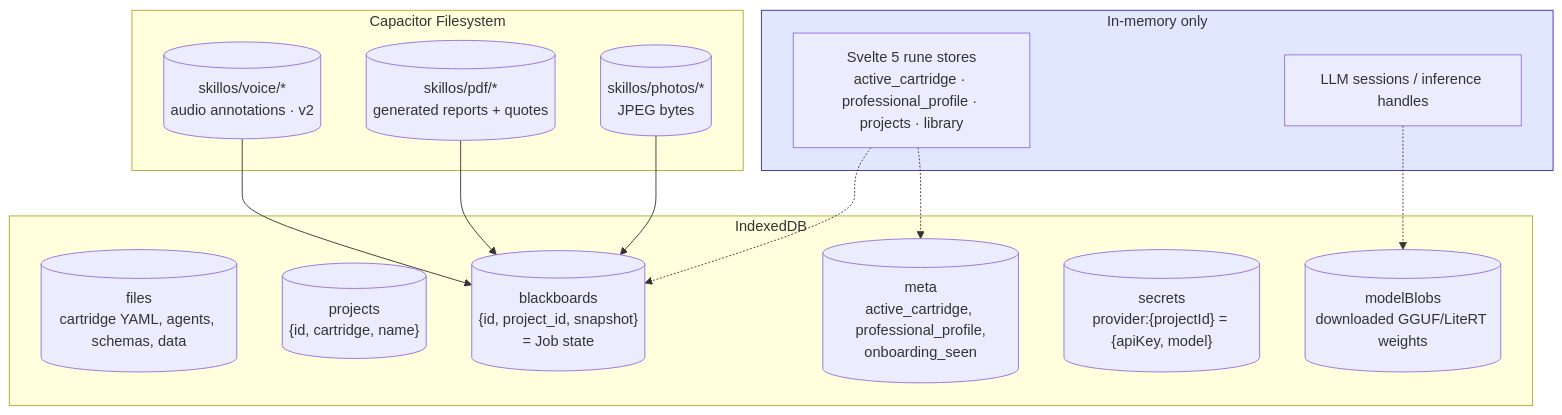
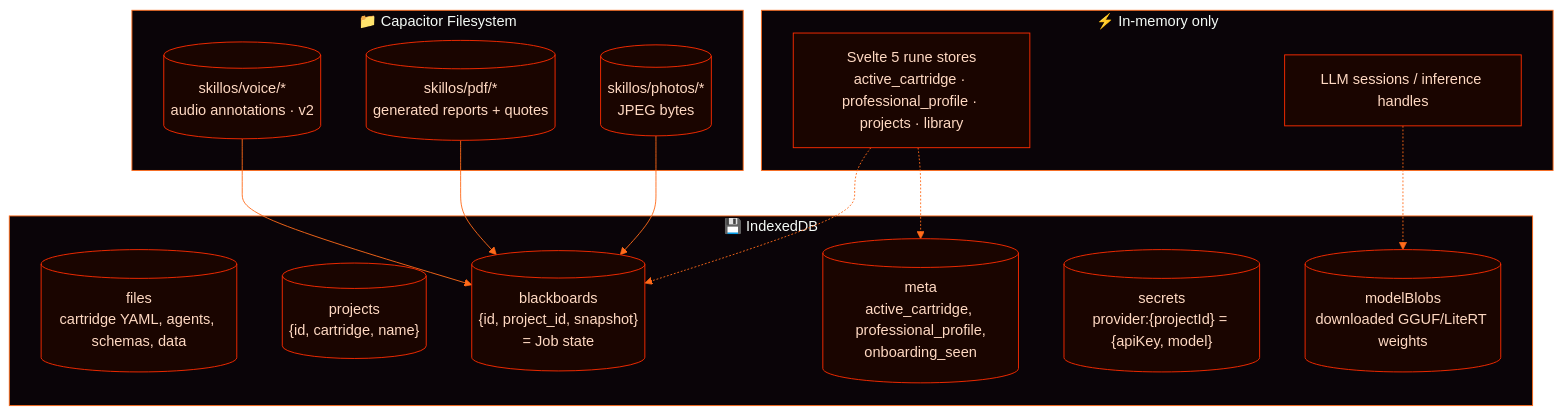
Before and after one commit to EvolvingAgentsLabs/skillos_mini: the seventh of 12 diagrams in docs/ARCHITECTURE.md, drawn with Mermaid. The commit also changed other lines of this file and 9 other files, not shown here.

````diff
--- a/docs/ARCHITECTURE.md
+++ b/docs/ARCHITECTURE.md
@@ -344,33 +364,31 @@
 ```mermaid
+%%{init: {'theme':'base', 'themeVariables': {'primaryColor':'#1a0500','primaryTextColor':'#ffd9c2','primaryBorderColor':'#ff2d00','lineColor':'#ff6b1a','secondaryColor':'#001a24','tertiaryColor':'#0a0408','background':'#0a0408','mainBkg':'#1a0500','clusterBkg':'#0a0408','clusterBorder':'#ff6b1a','edgeLabelBackground':'#0a0408','fontFamily':'ui-monospace, monospace'}}}%%
 flowchart TB
-    subgraph Memory[In-memory only]
+    subgraph Memory["⚡ In-memory only"]
         Stores["Svelte 5 rune stores<br/>active_cartridge · professional_profile · projects · library"]
         Sessions[LLM sessions / inference handles]
     end
 
-    subgraph IDB[IndexedDB]
+    subgraph IDB["💾 IndexedDB"]
         Files[("files<br/>cartridge YAML, agents, schemas, data")]
         Projects[("projects<br/>{id, cartridge, name}")]
         Boards[("blackboards<br/>{id, project_id, snapshot}<br/>= Job state")]
         Meta[("meta<br/>active_cartridge, professional_profile,<br/>onboarding_seen")]
         Secrets[("secrets<br/>provider:{projectId} = {apiKey, model}")]
         ModelBlobs[("modelBlobs<br/>downloaded GGUF/LiteRT weights")]
     end
 
-    subgraph FS[Capacitor Filesystem]
+    subgraph FS["📁 Capacitor Filesystem"]
         Photos[("skillos/photos/*<br/>JPEG bytes")]
         PDFs[("skillos/pdf/*<br/>generated reports + quotes")]
         Voice[("skillos/voice/*<br/>audio annotations · v2")]
     end
 
     Stores -.-> Meta
     Stores -.-> Boards
     Sessions -.-> ModelBlobs
 
     Photos --> Boards
     PDFs --> Boards
     Voice --> Boards
-
-    classDef mem fill:#e0e7ff,stroke:#3730a3
-    class Memory mem
 ```
````
